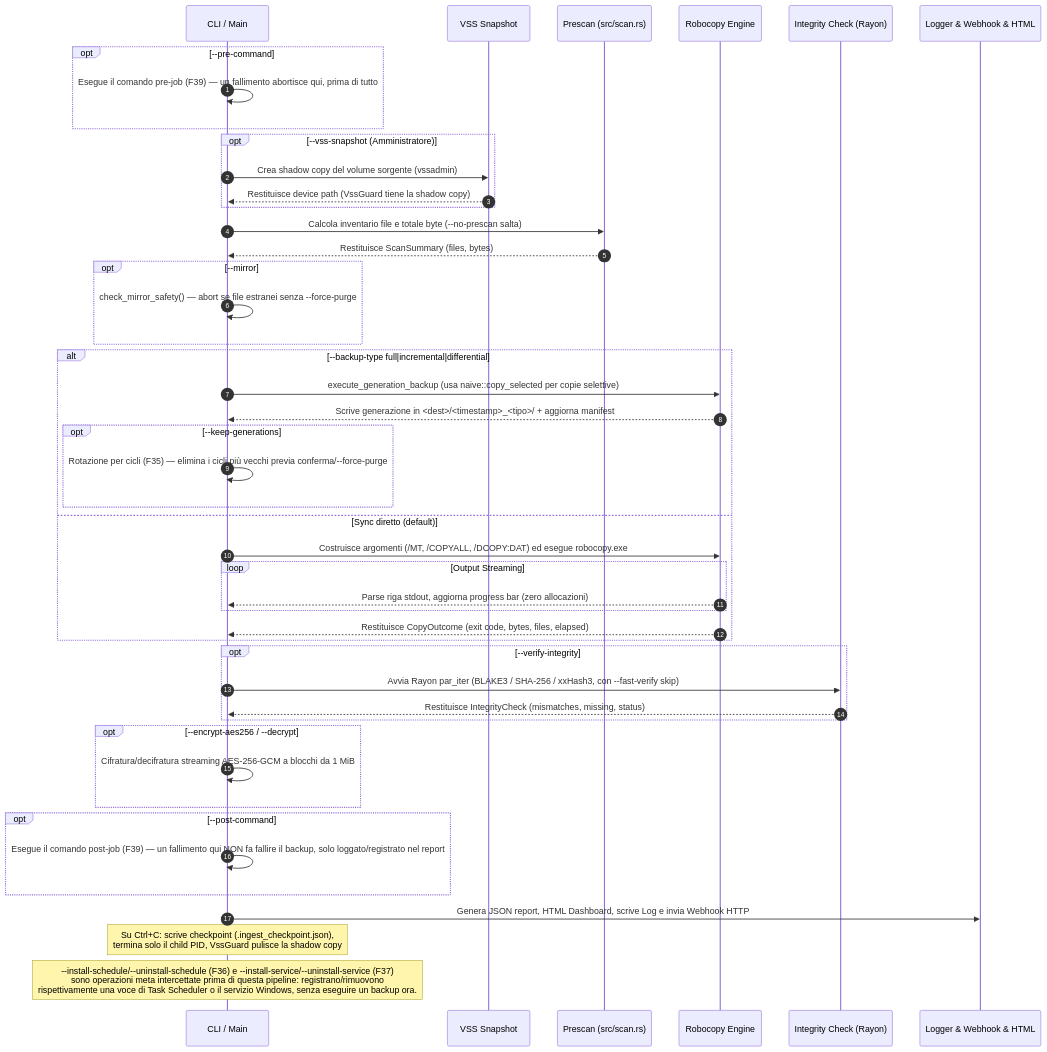
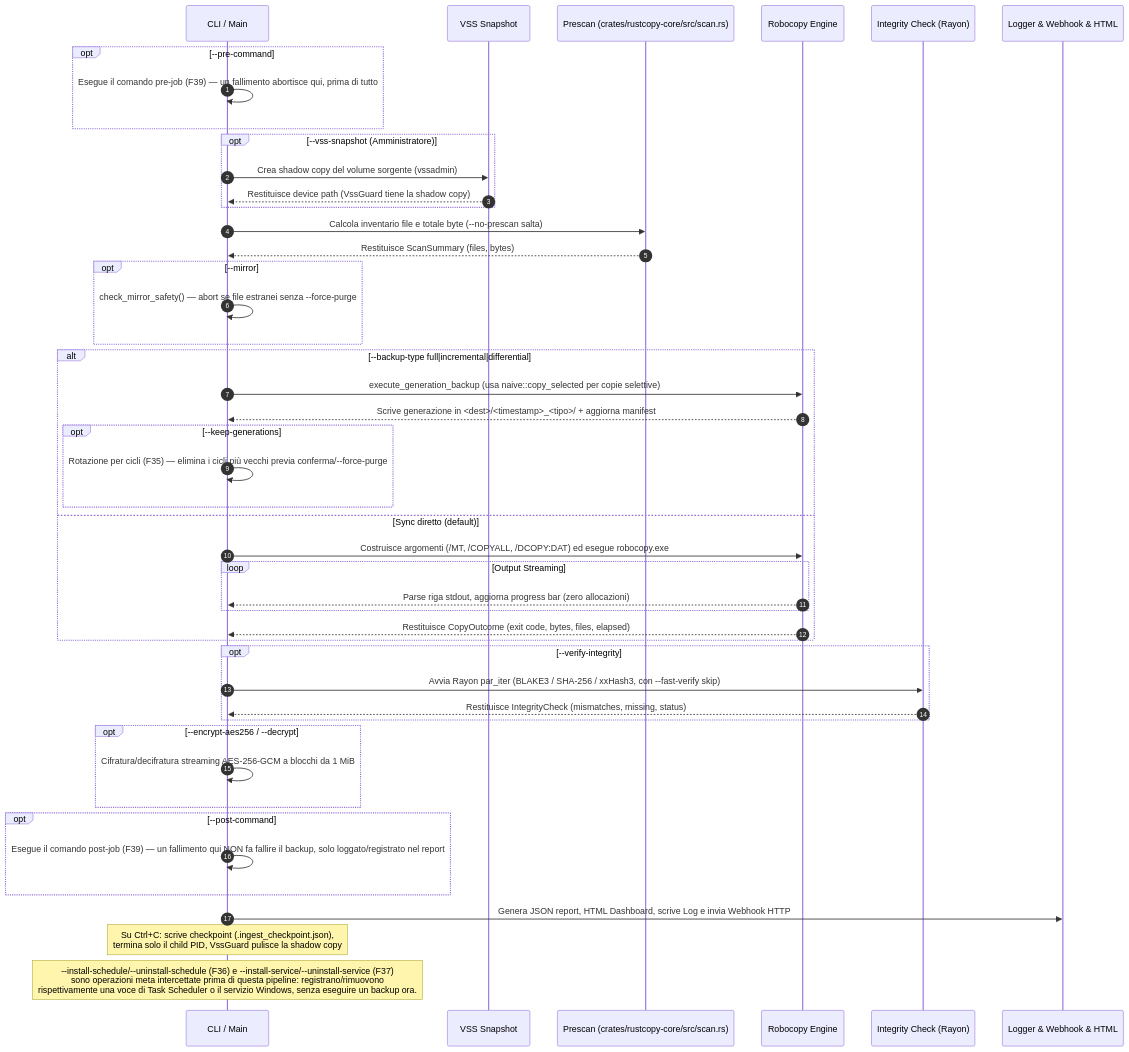
Before and after one commit to matrixNeo76/rustcopy: the second of 2 diagrams in ARCHITECTURE.md, drawn with Mermaid. The commit also changed other lines of this file and 45 other files, not shown here.

````diff
--- a/ARCHITECTURE.md
+++ b/ARCHITECTURE.md
@@ -115,58 +149,58 @@
 ```mermaid
 sequenceDiagram
     autonumber
     participant CLI as CLI / Main
     participant VSS as VSS Snapshot
-    participant Prescan as Prescan (src/scan.rs)
+    participant Prescan as Prescan (crates/rustcopy-core/src/scan.rs)
     participant Engine as Robocopy Engine
     participant Verify as Integrity Check (Rayon)
     participant Output as Logger & Webhook & HTML
 
     opt --pre-command
         CLI->>CLI: Esegue il comando pre-job (F39) — un fallimento abortisce qui, prima di tutto
     end
 
     opt --vss-snapshot (Amministratore)
         CLI->>VSS: Crea shadow copy del volume sorgente (vssadmin)
         VSS-->>CLI: Restituisce device path (VssGuard tiene la shadow copy)
     end
 
     CLI->>Prescan: Calcola inventario file e totale byte (--no-prescan salta)
     Prescan-->>CLI: Restituisce ScanSummary (files, bytes)
 
     opt --mirror
         CLI->>CLI: check_mirror_safety() — abort se file estranei senza --force-purge
     end
 
     alt --backup-type full|incremental|differential
         CLI->>Engine: execute_generation_backup (usa naive::copy_selected per copie selettive)
         Engine-->>CLI: Scrive generazione in <dest>/<timestamp>_<tipo>/ + aggiorna manifest
         opt --keep-generations
             CLI->>CLI: Rotazione per cicli (F35) — elimina i cicli più vecchi previa conferma/--force-purge
         end
     else Sync diretto (default)
         CLI->>Engine: Costruisce argomenti (/MT, /COPYALL, /DCOPY:DAT) ed esegue robocopy.exe
         loop Output Streaming
             Engine-->>CLI: Parse riga stdout, aggiorna progress bar (zero allocazioni)
         end
         Engine-->>CLI: Restituisce CopyOutcome (exit code, bytes, files, elapsed)
     end
 
     opt --verify-integrity
         CLI->>Verify: Avvia Rayon par_iter (BLAKE3 / SHA-256 / xxHash3, con --fast-verify skip)
         Verify-->>CLI: Restituisce IntegrityCheck (mismatches, missing, status)
     end
 
     opt --encrypt-aes256 / --decrypt
         CLI->>CLI: Cifratura/decifratura streaming AES-256-GCM a blocchi da 1 MiB
     end
 
     opt --post-command
         CLI->>CLI: Esegue il comando post-job (F39) — un fallimento qui NON fa fallire il backup, solo loggato/registrato nel report
     end
 
     CLI->>Output: Genera JSON report, HTML Dashboard, scrive Log e invia Webhook HTTP
 
     Note over CLI: Su Ctrl+C: scrive checkpoint (.ingest_checkpoint.json),<br/>termina solo il child PID, VssGuard pulisce la shadow copy
     Note over CLI: --install-schedule/--uninstall-schedule (F36) e --install-service/--uninstall-service (F37)<br/>sono operazioni meta intercettate prima di questa pipeline: registrano/rimuovono<br/>rispettivamente una voce di Task Scheduler o il servizio Windows, senza eseguire un backup ora.
 ```
````
